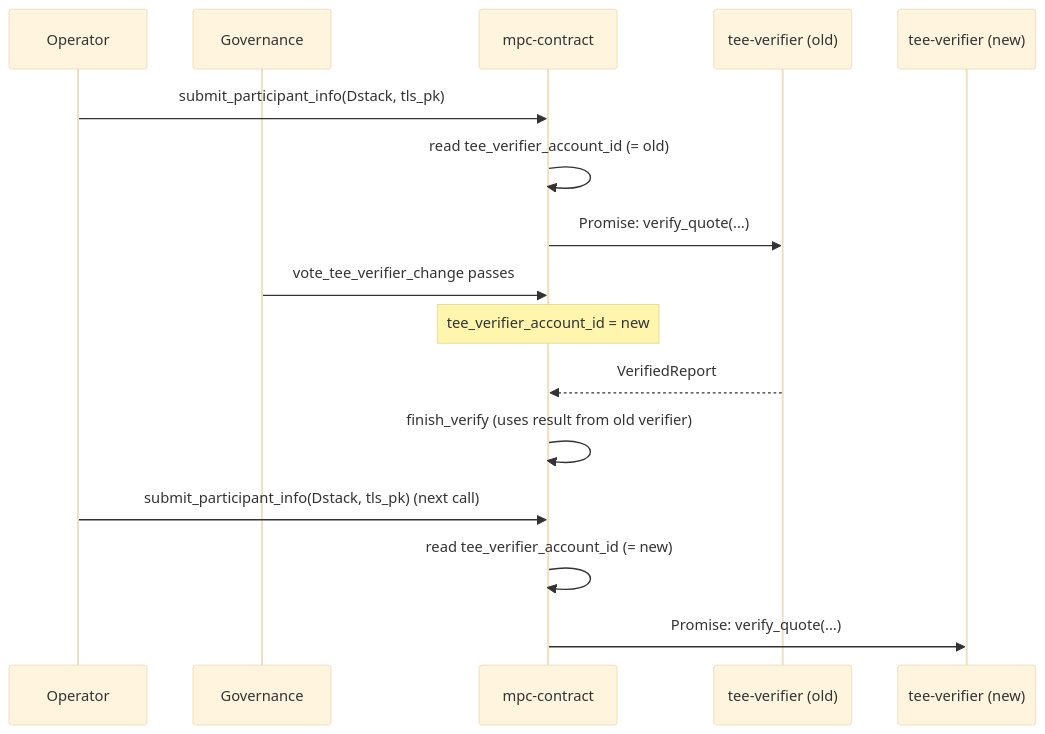
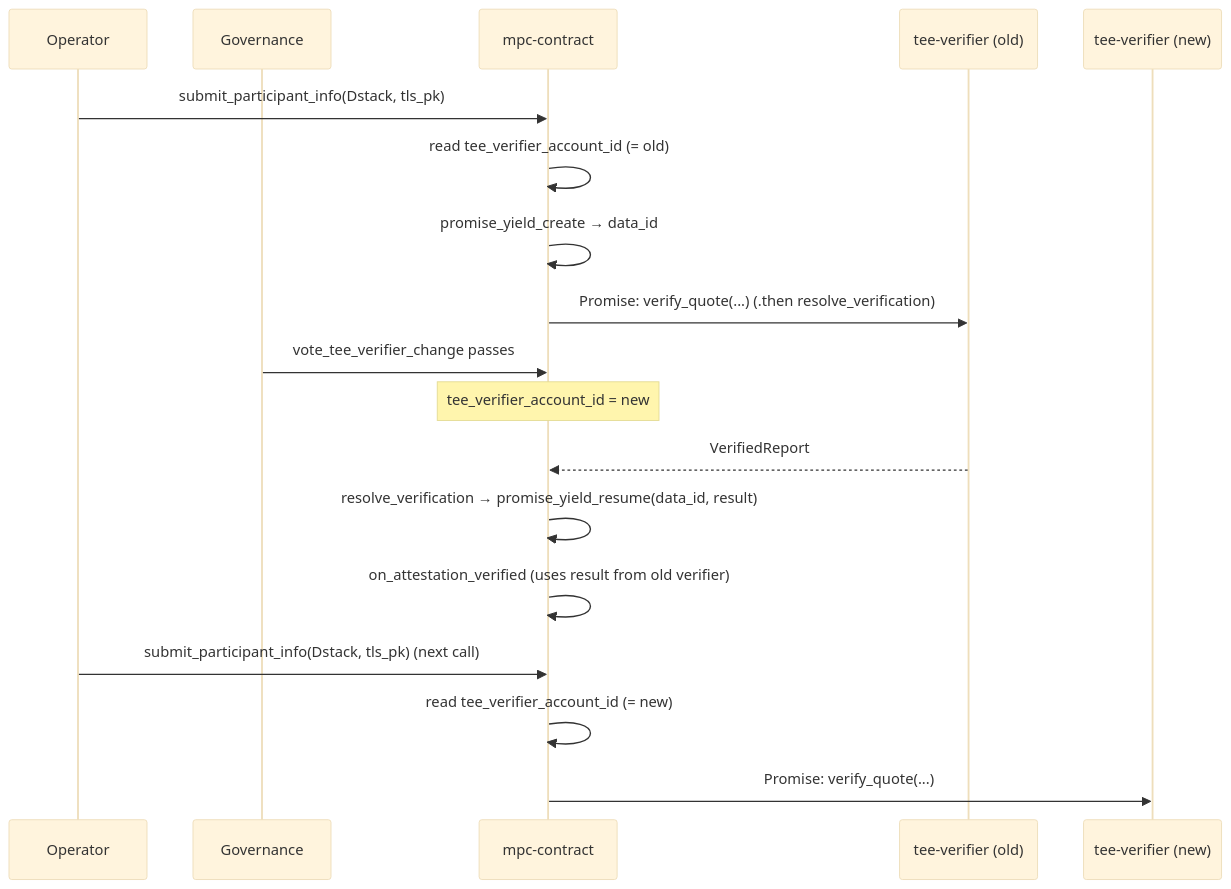
Before and after one commit to near/mpc: the sixth of 6 diagrams in docs/design/attestation-verifier-contract.md, drawn with Mermaid (base theme). The commit also changed other lines of this file, not shown here.

First line of the commit message:
docs(design): switch submission flow to yield-resume

````diff
--- a/docs/design/attestation-verifier-contract.md
+++ b/docs/design/attestation-verifier-contract.md
@@ -297,22 +308,24 @@
 ```mermaid
 sequenceDiagram
     participant Op as Operator
     participant Gov as Governance
     participant MPC as mpc-contract
     participant VerOld as tee-verifier (old)
     participant VerNew as tee-verifier (new)
 
     Op->>MPC: submit_participant_info(Dstack, tls_pk)
     MPC->>MPC: read tee_verifier_account_id (= old)
-    MPC->>VerOld: Promise: verify_quote(...)
+    MPC->>MPC: promise_yield_create → data_id
+    MPC->>VerOld: Promise: verify_quote(...) (.then resolve_verification)
 
     Gov->>MPC: vote_tee_verifier_change passes
     Note over MPC: tee_verifier_account_id = new
 
     VerOld-->>MPC: VerifiedReport
-    MPC->>MPC: finish_verify (uses result from old verifier)
+    MPC->>MPC: resolve_verification → promise_yield_resume(data_id, result)
+    MPC->>MPC: on_attestation_verified (uses result from old verifier)
 
     Op->>MPC: submit_participant_info(Dstack, tls_pk) (next call)
     MPC->>MPC: read tee_verifier_account_id (= new)
     MPC->>VerNew: Promise: verify_quote(...)
 ```
````
